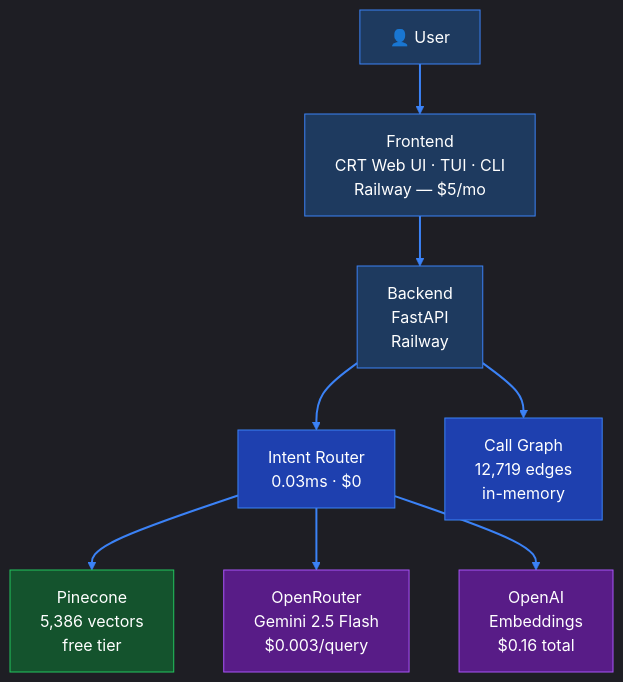
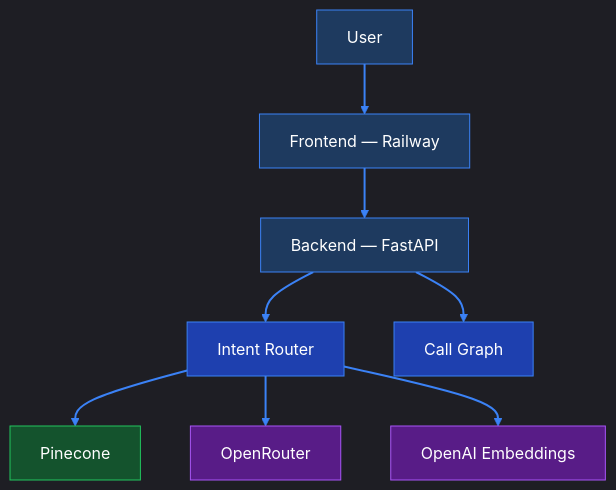
The first of 4 diagrams in presentation.md (HenryDeGrasse/LegacyLens), drawn with Mermaid before and after one commit. The commit also changed other lines of this file, not shown here.

Commit message:
docs: remove pricing from architecture slide

````diff
--- a/presentation.md
+++ b/presentation.md
@@ -58,30 +58,30 @@
 ```mermaid +render
 %%{init: {'theme': 'dark'}}%%
 flowchart TD
-    U["👤 User"]
-    FE["Frontend\nCRT Web UI · TUI · CLI\nRailway — $5/mo"]
-    BE["Backend\nFastAPI\nRailway"]
-    R["Intent Router\n0.03ms · $0"]
-    CG["Call Graph\n12,719 edges\nin-memory"]
-    PC["Pinecone\n5,386 vectors\nfree tier"]
-    OR["OpenRouter\nGemini 2.5 Flash\n$0.003/query"]
-    OA["OpenAI\nEmbeddings\n$0.16 total"]
+    U["User"]
+    FE["Frontend — Railway"]
+    BE["Backend — FastAPI"]
+    R["Intent Router"]
+    CG["Call Graph"]
+    PC["Pinecone"]
+    OR["OpenRouter"]
+    OA["OpenAI Embeddings"]
 
     U --> FE
     FE --> BE
     BE --> R
     BE --> CG
     R --> PC
     R --> OR
     R --> OA
 
     style U fill:#1e3a5f,stroke:#3b82f6,color:#fff
     style FE fill:#1e3a5f,stroke:#3b82f6,color:#fff
     style BE fill:#1e3a5f,stroke:#3b82f6,color:#fff
     style R fill:#1e40af,stroke:#3b82f6,color:#fff
     style CG fill:#1e40af,stroke:#3b82f6,color:#fff
     style PC fill:#14532d,stroke:#22c55e,color:#fff
     style OR fill:#581c87,stroke:#a855f7,color:#fff
     style OA fill:#581c87,stroke:#a855f7,color:#fff
     linkStyle default stroke:#3b82f6,stroke-width:2px
 ```
````
